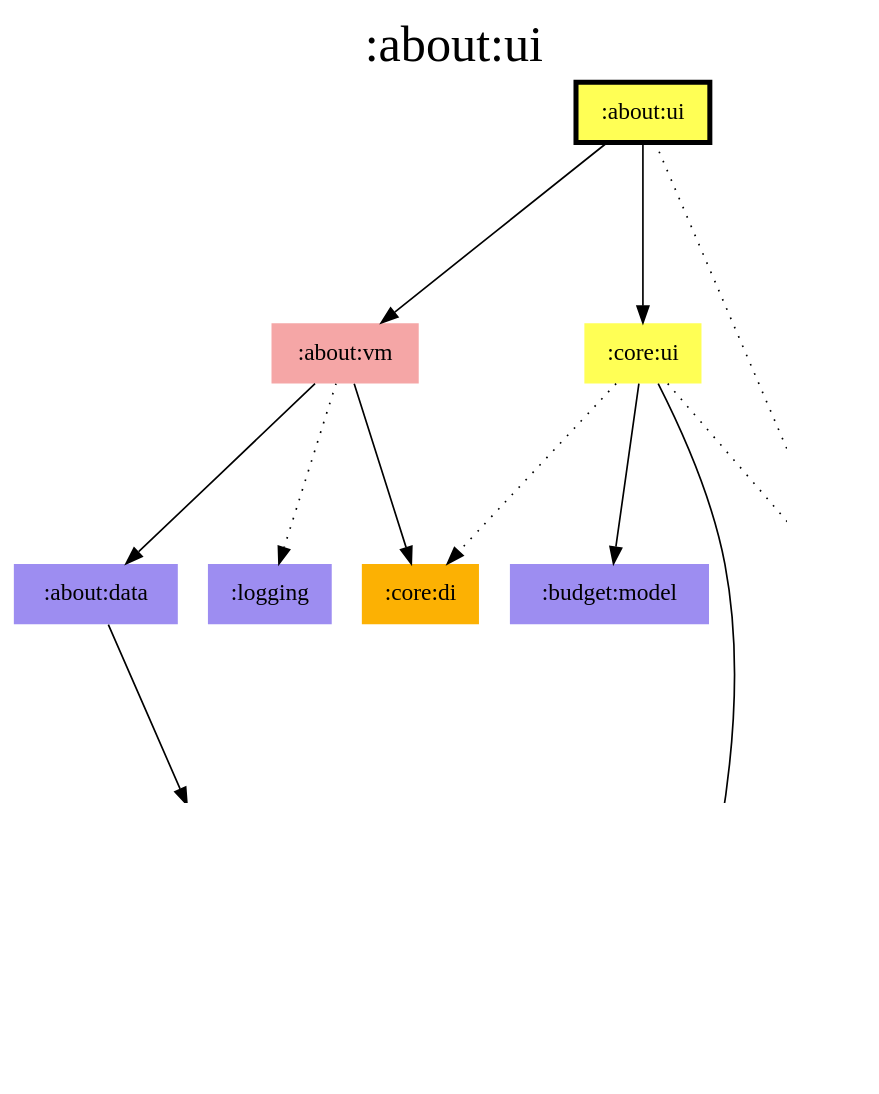
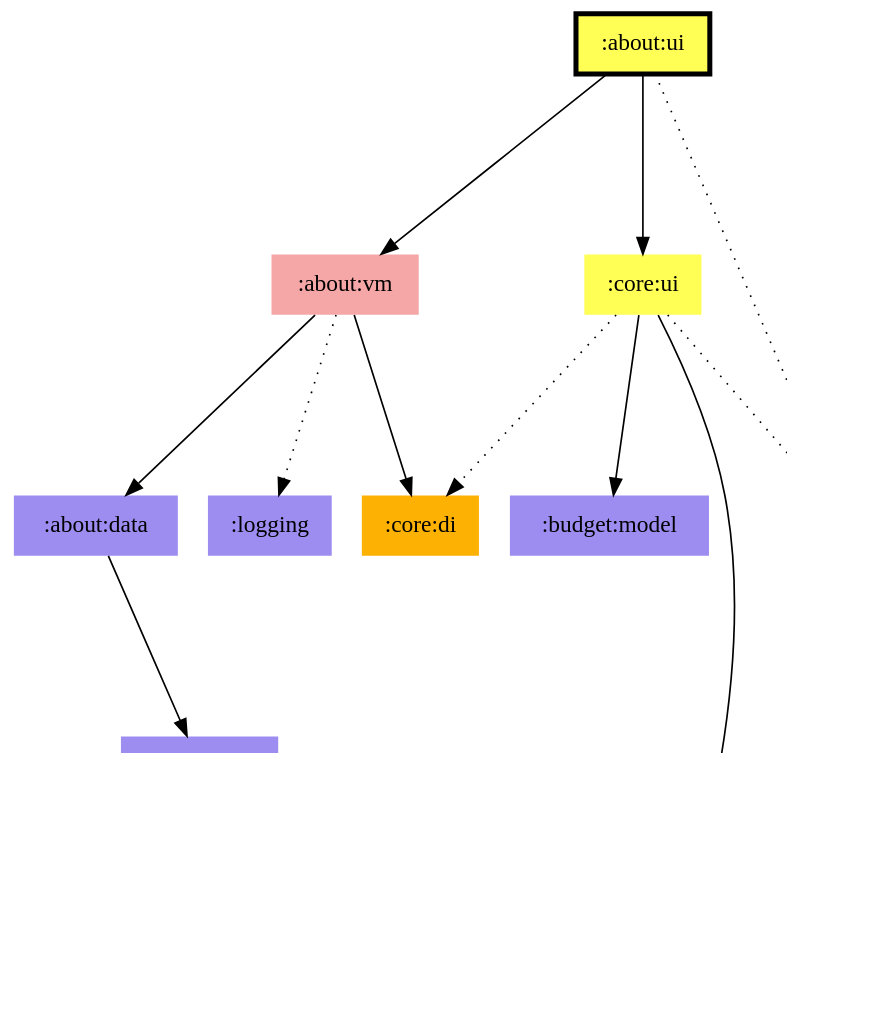
One commit to jonapoul/aktual changed the diagram in modules/about/ui/modules.dot. Above: the diagram before and after it, drawn with Graphviz. The commit also changed 87 other files, not shown here.

Commit message:
Remove graphviz

```diff
--- a/modules/about/ui/modules.dot
+++ b/modules/about/ui/modules.dot
@@ -1,34 +1,29 @@
 digraph {
 edge ["dir"="forward"]
-graph ["dpi"="100","label"=":about:ui","labelloc"="t","fontsize"="30","ranksep"="1.5","rankdir"="TB"]
+graph ["dpi"="100","fontsize"="30","ranksep"="1.5","rankdir"="TB"]
 node ["style"="filled"]
 ":about:data" ["fillcolor"="#9D8DF1","shape"="none"]
 ":about:ui" ["fillcolor"="#FFFF55","color"="black","penwidth"="3","shape"="box"]
 ":about:vm" ["fillcolor"="#F5A6A6","shape"="none"]
 ":api:github" ["fillcolor"="#9D8DF1","shape"="none"]
 ":budget:model" ["fillcolor"="#9D8DF1","shape"="none"]
 ":codegen:annotation" ["fillcolor"="#9D8DF1","shape"="none"]
 ":core:di" ["fillcolor"="#FCB103","shape"="none"]
 ":core:model" ["fillcolor"="#9D8DF1","shape"="none"]
 ":core:ui" ["fillcolor"="#FFFF55","shape"="none"]
 ":l10n" ["fillcolor"="#9D8DF1","shape"="none"]
 ":logging" ["fillcolor"="#9D8DF1","shape"="none"]
-{
-edge ["dir"="none"]
-graph ["rank"="same"]
-":about:ui"
-}
 ":about:data" -> ":api:github"
 ":about:ui" -> ":about:vm"
 ":about:ui" -> ":core:ui"
 ":about:ui" -> ":l10n" ["style"="dotted"]
 ":about:vm" -> ":about:data"
 ":about:vm" -> ":core:di"
 ":about:vm" -> ":logging" ["style"="dotted"]
 ":api:github" -> ":codegen:annotation" ["style"="dotted"]
 ":api:github" -> ":core:model"
 ":core:ui" -> ":budget:model"
 ":core:ui" -> ":core:di" ["style"="dotted"]
 ":core:ui" -> ":core:model"
 ":core:ui" -> ":l10n" ["style"="dotted"]
 }
```
